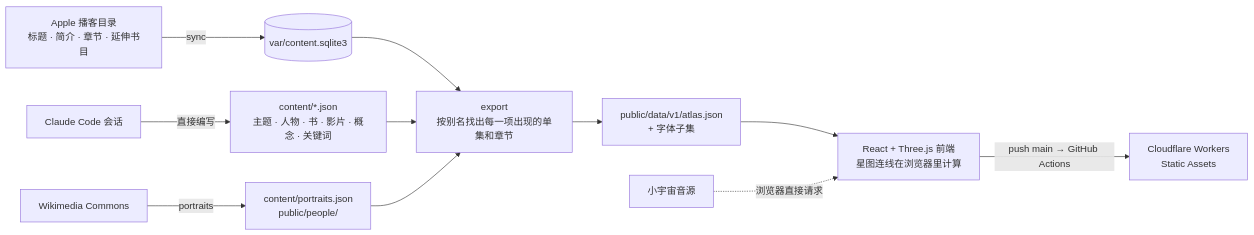
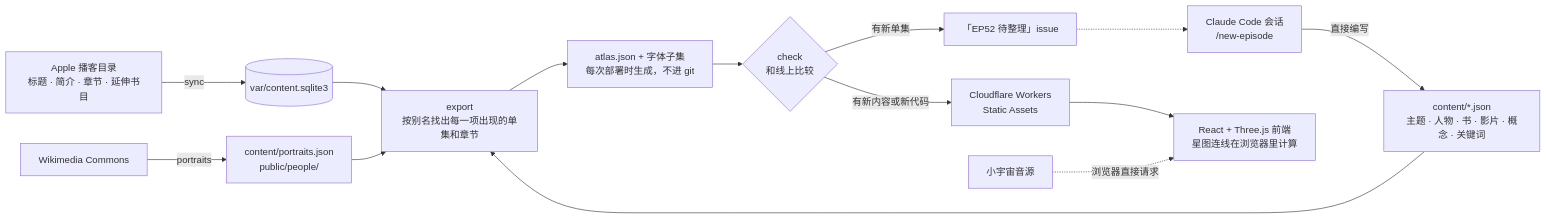
The diagram in README.md (foreseaz/beiershuo), drawn with Mermaid before and after one commit. The commit also changed other lines of this file and 9 other files, not shown here.

````diff
--- a/README.md
+++ b/README.md
@@ -31,13 +31,16 @@
 ```mermaid
 flowchart LR
   A[Apple 播客目录<br/>标题 · 简介 · 章节 · 延伸书目] -->|sync| D[(var/content.sqlite3)]
-  C[Claude Code 会话] -->|直接编写| J[content/*.json<br/>主题 · 人物 · 书 · 影片 · 概念 · 关键词]
+  C[Claude Code 会话<br/>/new-episode] -->|直接编写| J[content/*.json<br/>主题 · 人物 · 书 · 影片 · 概念 · 关键词]
   W[Wikimedia Commons] -->|portraits| P[content/portraits.json<br/>public/people/]
   D --> E[export<br/>按别名找出每一项出现的单集和章节]
   J --> E
   P --> E
-  E --> S[public/data/v1/atlas.json<br/>+ 字体子集]
-  S --> F[React + Three.js 前端<br/>星图连线在浏览器里计算]
-  F -->|push main → GitHub Actions| CF[Cloudflare Workers<br/>Static Assets]
+  E --> S[atlas.json + 字体子集<br/>每次部署时生成，不进 git]
+  S --> K{check<br/>和线上比较}
+  K -->|有新内容或新代码| CF[Cloudflare Workers<br/>Static Assets]
+  K -->|有新单集| I[「EP52 待整理」issue]
+  I -.-> C
+  CF --> F[React + Three.js 前端<br/>星图连线在浏览器里计算]
   X[小宇宙音源] -. 浏览器直接请求 .-> F
 ```
````
